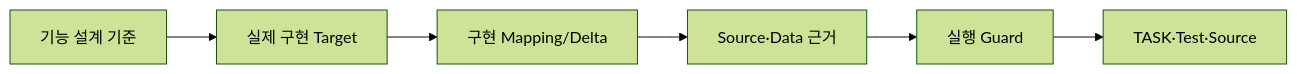
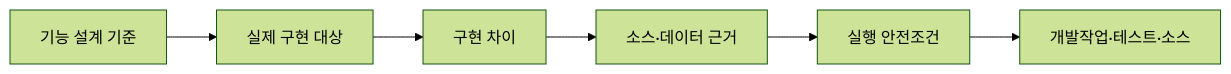
Before and after one commit to Seunghyun0606/SDLC_DDD_SDD: the diagram in sdlc/templates/core/program-spec.md, drawn with Mermaid (forest theme). The commit also changed other lines of this file, not shown here.

````diff
--- a/sdlc/templates/core/program-spec.md
+++ b/sdlc/templates/core/program-spec.md
@@ -28,4 +30,4 @@
 ```mermaid
 flowchart LR
-    F["기능 설계 기준"] --> T["실제 구현 Target"] --> M["구현 Mapping/Delta"] --> S["Source·Data 근거"] --> G["실행 Guard"] --> D["TASK·Test·Source"]
+    F["기능 설계 기준"] --> T["실제 구현 대상"] --> M["구현 차이"] --> S["소스·데이터 근거"] --> G["실행 안전조건"] --> D["개발작업·테스트·소스"]
 ```
````
